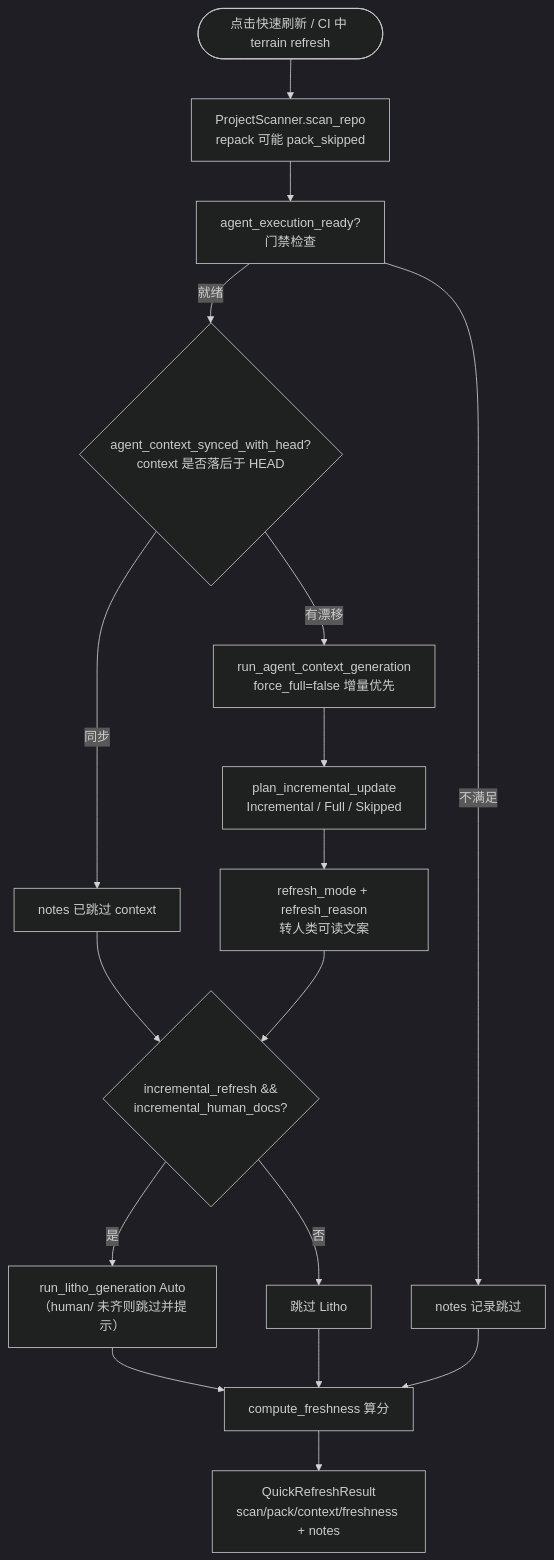
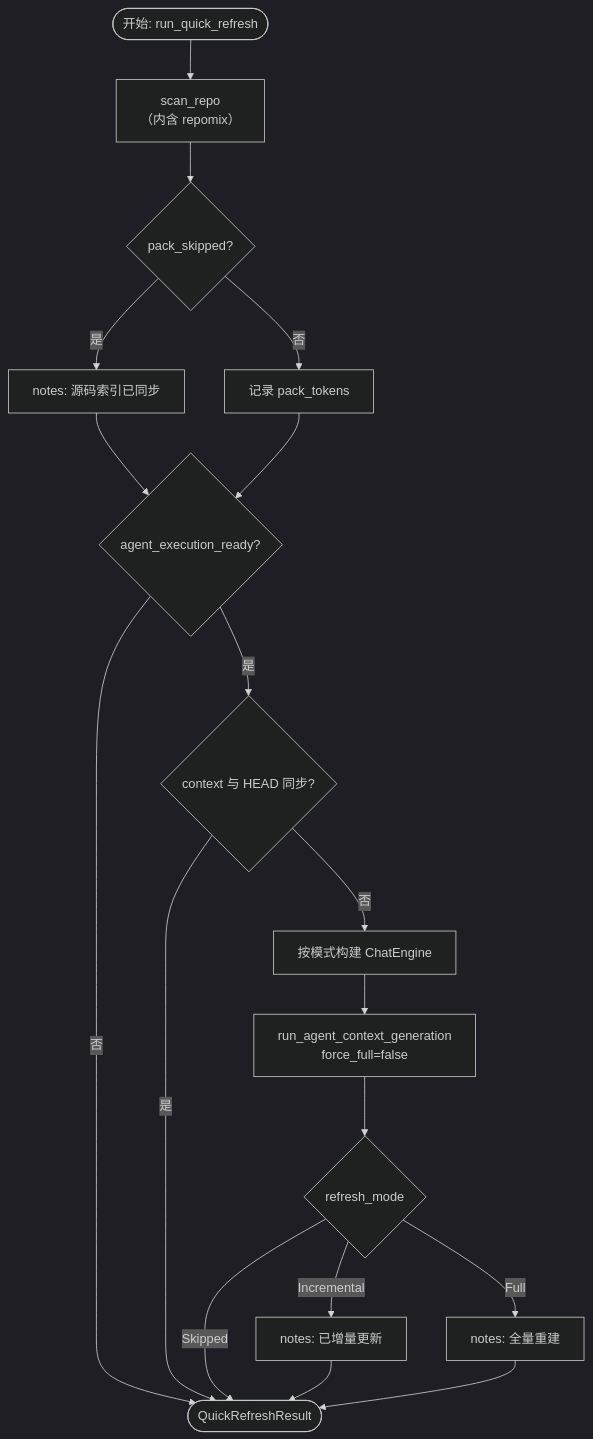
One commit to sopaco/terrain changed the fourth of 11 diagrams in .terrain/human/3.工作流.md. Above: the diagram before and after it, drawn with Mermaid (dark theme). The commit also changed other lines of this file and 39 other files, not shown here.

````diff
--- a/.terrain/human/3.工作流.md
+++ b/.terrain/human/3.工作流.md
@@ -110,19 +132,20 @@
 ```mermaid
 flowchart TD
-    Start([点击快速刷新 / CI 中 terrain refresh]) --> A["ProjectScanner.scan_repo<br/>repack 可能 pack_skipped"]
-    A --> B["agent_execution_ready?<br/>门禁检查"]
-    B -- 就绪 --> C{"agent_context_synced_with_head?<br/>context 是否落后于 HEAD"}
-    B -- 不满足 --> D["notes 记录跳过"]
-    C -- 同步 --> E["notes 已跳过 context"]
-    C -- 有漂移 --> F["run_agent_context_generation<br/>force_full=false 增量优先"]
-    F --> G["plan_incremental_update<br/>Incremental / Full / Skipped"]
-    G --> H["refresh_mode + refresh_reason<br/>转人类可读文案"]
-    E --> I{"incremental_refresh &&<br/>incremental_human_docs?"}
-    H --> I
-    I -- 是 --> J["run_litho_generation Auto<br/>（human/ 未齐则跳过并提示）"]
-    I -- 否 --> K["跳过 Litho"]
-    J --> L["compute_freshness 算分"]
-    K --> L
-    D --> L
-    L --> M["QuickRefreshResult<br/>scan/pack/context/freshness + notes"]
+    Start([开始: run_quick_refresh]) --> Scan["scan_repo<br/>（内含 repomix）"]
+    Scan --> Skipped{"pack_skipped?"}
+    Skipped -->|是| N1["notes: 源码索引已同步"]
+    Skipped -->|否| Tok["记录 pack_tokens"]
+    N1 --> Ready
+    Tok --> Ready{"agent_execution_ready?"}
+    Ready -->|否| Done([QuickRefreshResult])
+    Ready -->|是| Synced{"context 与 HEAD 同步?"}
+    Synced -->|是| Done
+    Synced -->|否| Engine["按模式构建 ChatEngine"]
+    Engine --> Gen["run_agent_context_generation<br/>force_full=false"]
+    Gen --> Mode{"refresh_mode"}
+    Mode -->|Skipped| Done
+    Mode -->|Incremental| N2["notes: 已增量更新"]
+    Mode -->|Full| N3["notes: 全量重建"]
+    N2 --> Done
+    N3 --> Done
 ```
````
